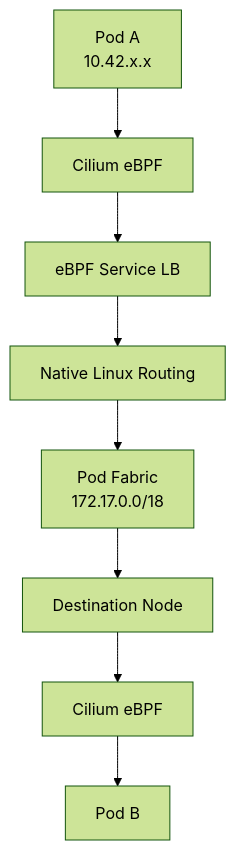
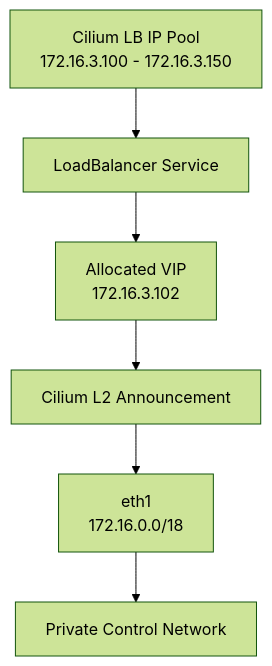
Diagram 16 of 30 in docs/02-cilium/README.md (ahmed-sayed-devops/microservices-platform-gitops), drawn with Mermaid (forest theme) before and after one commit. The commit also changed other lines of this file, not shown here.

Commit message:
docs: add Cilium networking documentation

````diff
--- a/docs/02-cilium/README.md
+++ b/docs/02-cilium/README.md
@@ -1232,33 +976,21 @@
 ```mermaid
 flowchart TB
 
-    PodA["Pod A<br/>10.42.x.x"]
+    Pool["Cilium LB IP Pool<br/>172.16.3.100 - 172.16.3.150"]
 
-    EBPF1["Cilium eBPF"]
+    Service["LoadBalancer Service"]
 
-    ServiceLB["eBPF Service LB"]
+    VIP["Allocated VIP<br/>172.16.3.102"]
 
-    Route["Native Linux Routing"]
+    L2["Cilium L2 Announcement"]
 
-    Fabric["Pod Fabric<br/>172.17.0.0/18"]
+    ETH1["eth1<br/>172.16.0.0/18"]
 
-    Node["Destination Node"]
+    Network["Private Control Network"]
 
-    EBPF2["Cilium eBPF"]
-
-    PodB["Pod B"]
-
-    PodA --> EBPF1
-
-    EBPF1 --> ServiceLB
-
-    ServiceLB --> Route
-
-    Route --> Fabric
-
-    Fabric --> Node
-
-    Node --> EBPF2
-
-    EBPF2 --> PodB
+    Pool --> Service
+    Service --> VIP
+    VIP --> L2
+    L2 --> ETH1
+    ETH1 --> Network
 ```
````
